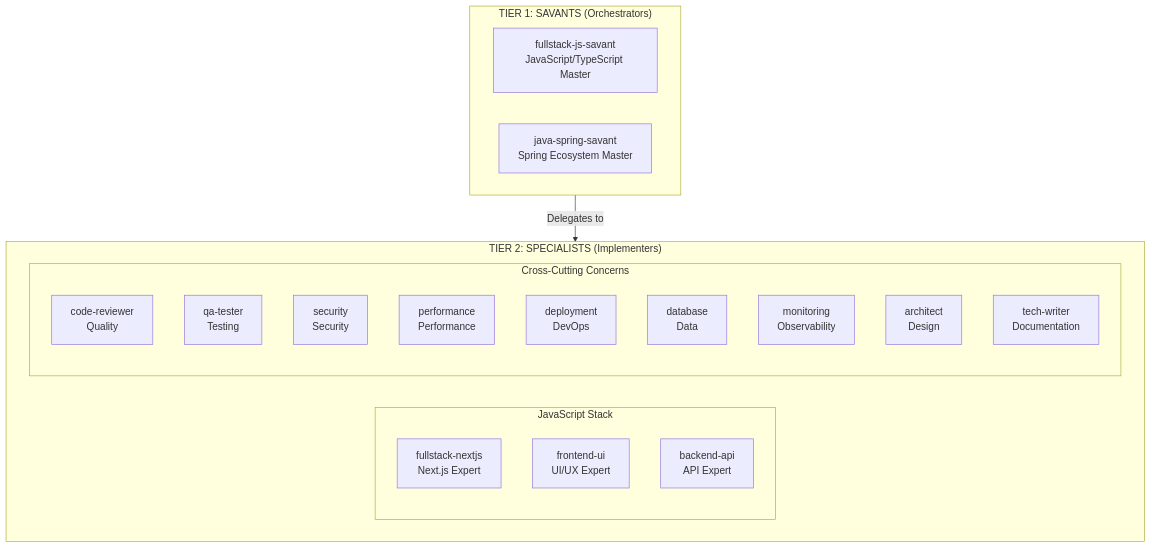
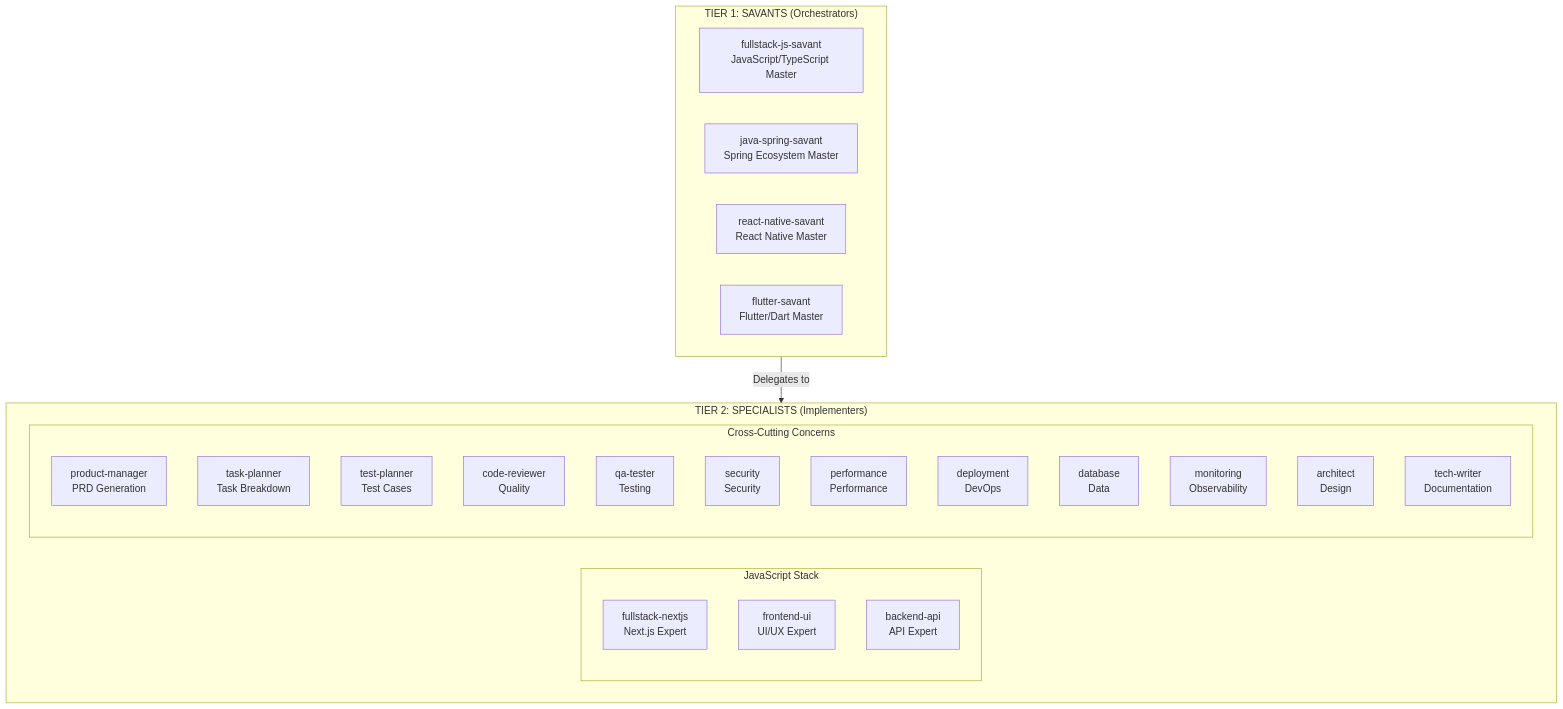
Before and after one commit to rcdelacruz/claude-code-agents: the first of 8 diagrams in docs/architecture/overview.md, drawn with Mermaid. The commit also changed other lines of this file and 42 other files, not shown here.

First line of the commit message:
Refactor documentation and scripts to rename MCP Sub-Agents to Claude Code Agents

````diff
--- a/docs/architecture/overview.md
+++ b/docs/architecture/overview.md
@@ -7,32 +7,37 @@
 ```mermaid
 graph TB
     subgraph tier1["TIER 1: SAVANTS (Orchestrators)"]
         direction LR
         js[fullstack-js-savant<br/>JavaScript/TypeScript Master]
         java[java-spring-savant<br/>Spring Ecosystem Master]
+        rn[react-native-savant<br/>React Native Master]
+        flutter[flutter-savant<br/>Flutter/Dart Master]
     end
 
     subgraph tier2["TIER 2: SPECIALISTS (Implementers)"]
         subgraph jsstack[JavaScript Stack]
             direction TB
             jsspec1[fullstack-nextjs<br/>Next.js Expert]
             jsspec2[frontend-ui<br/>UI/UX Expert]
             jsspec3[backend-api<br/>API Expert]
         end
 
         subgraph crosscut[Cross-Cutting Concerns]
             direction TB
-            cross1[code-reviewer<br/>Quality]
-            cross2[qa-tester<br/>Testing]
-            cross3[security<br/>Security]
-            cross4[performance<br/>Performance]
-            cross5[deployment<br/>DevOps]
-            cross6[database<br/>Data]
-            cross7[monitoring<br/>Observability]
-            cross8[architect<br/>Design]
-            cross9[tech-writer<br/>Documentation]
+            cross1[product-manager<br/>PRD Generation]
+            cross2[task-planner<br/>Task Breakdown]
+            cross3[test-planner<br/>Test Cases]
+            cross4[code-reviewer<br/>Quality]
+            cross5[qa-tester<br/>Testing]
+            cross6[security<br/>Security]
+            cross7[performance<br/>Performance]
+            cross8[deployment<br/>DevOps]
+            cross9[database<br/>Data]
+            cross10[monitoring<br/>Observability]
+            cross11[architect<br/>Design]
+            cross12[tech-writer<br/>Documentation]
         end
     end
 
     tier1 -->|Delegates to| tier2
 ```
````
